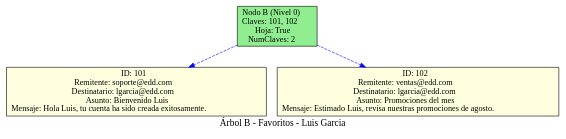
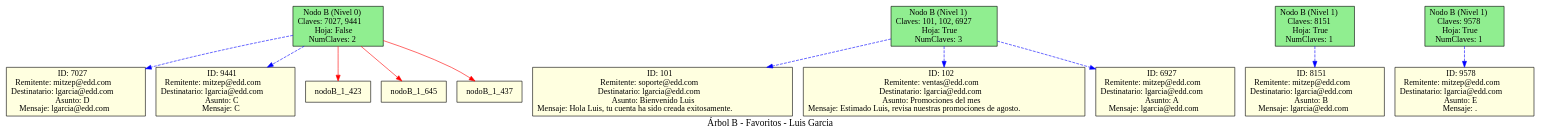
Before and after one commit to JoseArt777/-EDD-1S2025_202100305: the diagram in Fase1/src/lgarcia-Reportes/favoritos_lgarcia.dot, drawn with Graphviz. The commit also changed 16 other files, not shown here.

```diff
--- a/Fase1/src/lgarcia-Reportes/favoritos_lgarcia.dot
+++ b/Fase1/src/lgarcia-Reportes/favoritos_lgarcia.dot
@@ -1,10 +1,28 @@
 digraph G {
     label="Árbol B - Favoritos - Luis Garcia";
     fontsize=16;
     node [shape=box, style=filled, fillcolor=lightyellow];
-    nodoB_0_548 [label=<Nodo B (Nivel 0)<BR/>Claves: 101, 102<BR/>Hoja: True<BR/>NumClaves: 2>, shape=box, style=filled, fillcolor=lightgreen];
+    nodoB_0_544 [label=<Nodo B (Nivel 0)<BR/>Claves: 7027, 9441<BR/>Hoja: False<BR/>NumClaves: 2>, shape=box, style=filled, fillcolor=lightgreen];
+    dato_7027 [label=<ID: 7027<BR/>Remitente: mitzep@edd.com<BR/>Destinatario: lgarcia@edd.com<BR/>Asunto: D<BR/>Mensaje: lgarcia@edd.com>, shape=box, style=filled, fillcolor=lightyellow];
+    nodoB_0_544 -> dato_7027 [style=dashed, color=blue];
+    dato_9441 [label=<ID: 9441<BR/>Remitente: mitzep@edd.com<BR/>Destinatario: lgarcia@edd.com<BR/>Asunto: C<BR/>Mensaje: C
+>, shape=box, style=filled, fillcolor=lightyellow];
+    nodoB_0_544 -> dato_9441 [style=dashed, color=blue];
+    nodoB_1_847 [label=<Nodo B (Nivel 1)<BR/>Claves: 101, 102, 6927<BR/>Hoja: True<BR/>NumClaves: 3>, shape=box, style=filled, fillcolor=lightgreen];
     dato_101 [label=<ID: 101<BR/>Remitente: soporte@edd.com<BR/>Destinatario: lgarcia@edd.com<BR/>Asunto: Bienvenido Luis<BR/>Mensaje: Hola Luis, tu cuenta ha sido creada exitosamente.>, shape=box, style=filled, fillcolor=lightyellow];
-    nodoB_0_548 -> dato_101 [style=dashed, color=blue];
+    nodoB_1_847 -> dato_101 [style=dashed, color=blue];
     dato_102 [label=<ID: 102<BR/>Remitente: ventas@edd.com<BR/>Destinatario: lgarcia@edd.com<BR/>Asunto: Promociones del mes<BR/>Mensaje: Estimado Luis, revisa nuestras promociones de agosto.>, shape=box, style=filled, fillcolor=lightyellow];
-    nodoB_0_548 -> dato_102 [style=dashed, color=blue];
+    nodoB_1_847 -> dato_102 [style=dashed, color=blue];
+    dato_6927 [label=<ID: 6927<BR/>Remitente: mitzep@edd.com<BR/>Destinatario: lgarcia@edd.com<BR/>Asunto: A<BR/>Mensaje: lgarcia@edd.com>, shape=box, style=filled, fillcolor=lightyellow];
+    nodoB_1_847 -> dato_6927 [style=dashed, color=blue];
+    nodoB_0_544 -> nodoB_1_423 [color=red];
+    nodoB_1_623 [label=<Nodo B (Nivel 1)<BR/>Claves: 8151<BR/>Hoja: True<BR/>NumClaves: 1>, shape=box, style=filled, fillcolor=lightgreen];
+    dato_8151 [label=<ID: 8151<BR/>Remitente: mitzep@edd.com<BR/>Destinatario: lgarcia@edd.com<BR/>Asunto: B<BR/>Mensaje: lgarcia@edd.com
+>, shape=box, style=filled, fillcolor=lightyellow];
+    nodoB_1_623 -> dato_8151 [style=dashed, color=blue];
+    nodoB_0_544 -> nodoB_1_645 [color=red];
+    nodoB_1_384 [label=<Nodo B (Nivel 1)<BR/>Claves: 9578<BR/>Hoja: True<BR/>NumClaves: 1>, shape=box, style=filled, fillcolor=lightgreen];
+    dato_9578 [label=<ID: 9578<BR/>Remitente: mitzep@edd.com<BR/>Destinatario: lgarcia@edd.com<BR/>Asunto: E<BR/>Mensaje: .>, shape=box, style=filled, fillcolor=lightyellow];
+    nodoB_1_384 -> dato_9578 [style=dashed, color=blue];
+    nodoB_0_544 -> nodoB_1_437 [color=red];
 }
```
